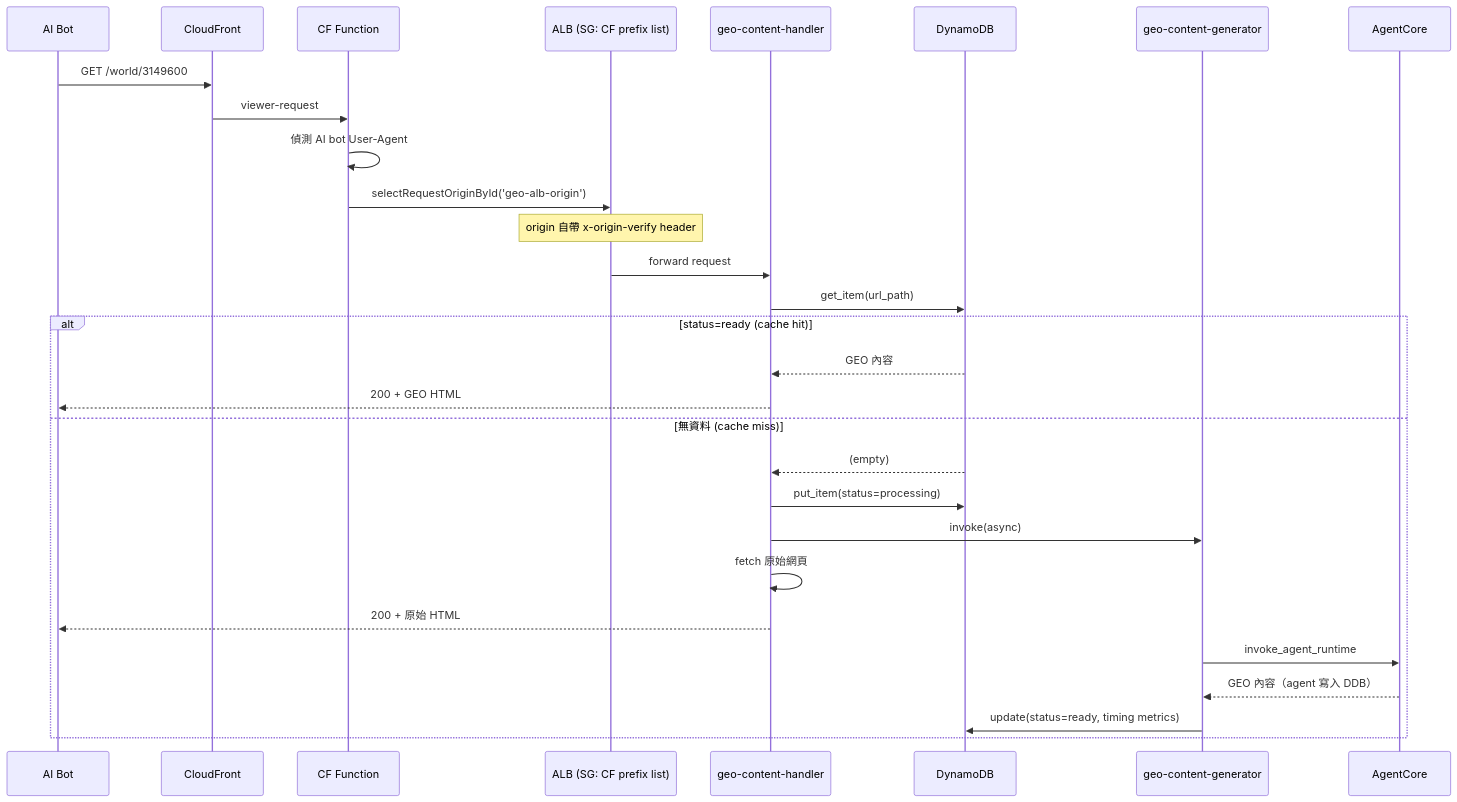
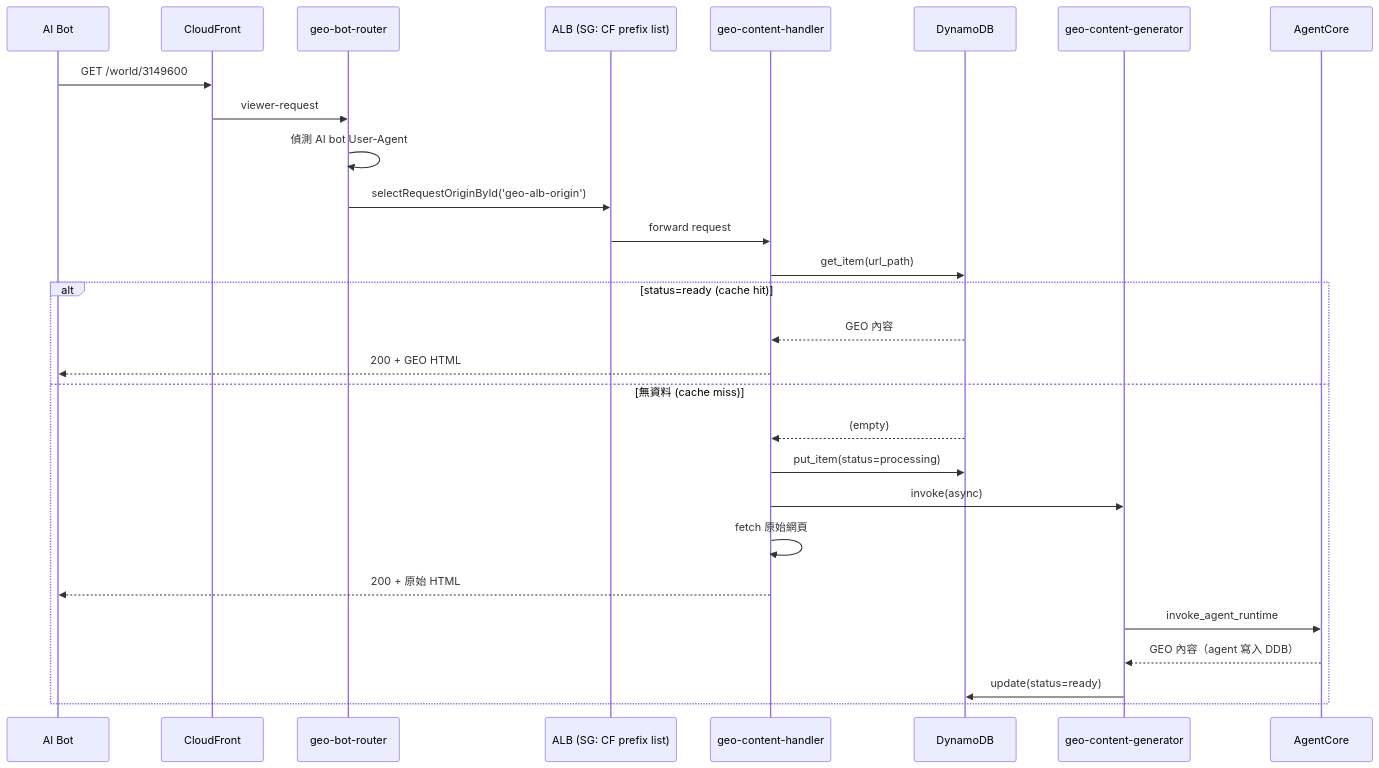
The second of 4 diagrams in docs/architecture.md (raywang1021/amazon-bedrock-agentcore-samples), drawn with Mermaid before and after one commit. The commit also changed other lines of this file and 1 other file, not shown here.

First line of the commit message:
docs: update architecture & deployment for dual-mode CFF, DDB decoupling, llms.txt

````diff
--- a/docs/architecture.md
+++ b/docs/architecture.md
@@ -135,33 +180,32 @@
 ```mermaid
 sequenceDiagram
     participant Bot as AI Bot
     participant CF as CloudFront
-    participant CFF as CF Function
+    participant CFF as geo-bot-router
     participant ALB as ALB (SG: CF prefix list)
     participant Lambda as geo-content-handler
     participant DDB as DynamoDB
     participant Gen as geo-content-generator
     participant AC as AgentCore
 
     Bot->>CF: GET /world/3149600
     CF->>CFF: viewer-request
     CFF->>CFF: 偵測 AI bot User-Agent
     CFF->>ALB: selectRequestOriginById('geo-alb-origin')
-    Note over ALB: origin 自帶 x-origin-verify header
     ALB->>Lambda: forward request
     Lambda->>DDB: get_item(url_path)
 
     alt status=ready (cache hit)
         DDB-->>Lambda: GEO 內容
         Lambda-->>Bot: 200 + GEO HTML
     else 無資料 (cache miss)
         DDB-->>Lambda: (empty)
         Lambda->>DDB: put_item(status=processing)
         Lambda->>Gen: invoke(async)
         Lambda->>Lambda: fetch 原始網頁
         Lambda-->>Bot: 200 + 原始 HTML
         Gen->>AC: invoke_agent_runtime
         AC-->>Gen: GEO 內容（agent 寫入 DDB）
-        Gen->>DDB: update(status=ready, timing metrics)
+        Gen->>DDB: update(status=ready)
     end
 ```
````
